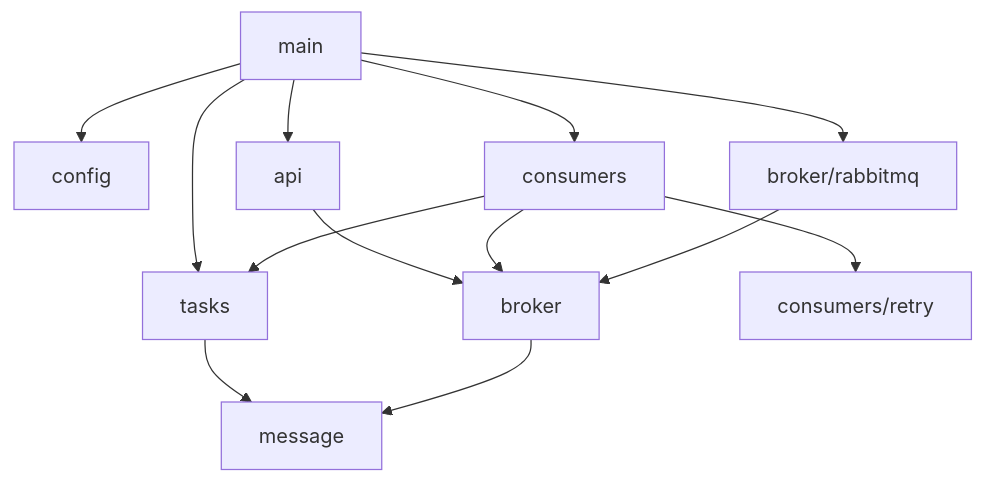
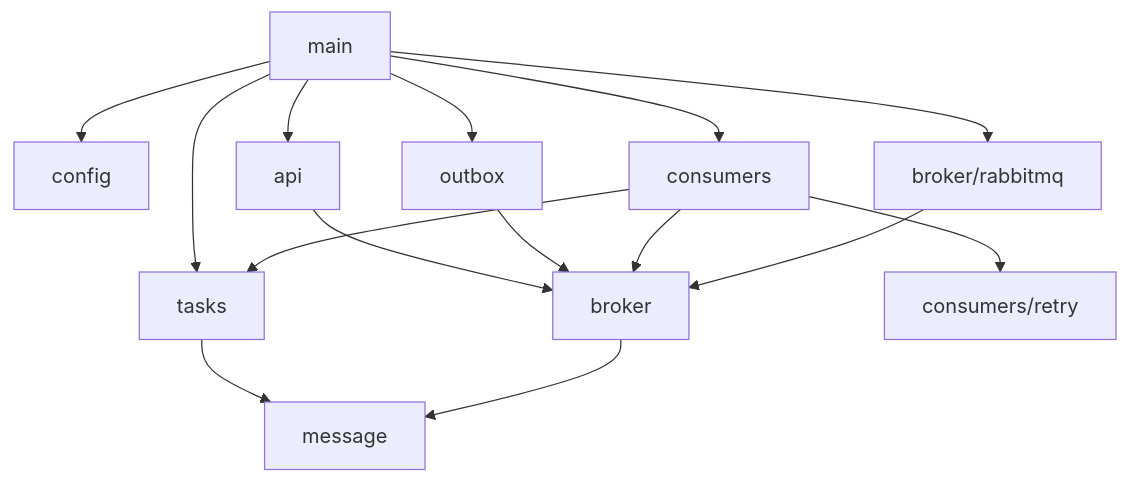
Before and after one commit to iamyusuf/hypermq: the diagram in docs/core/project-structure.md, drawn with Mermaid. The commit also changed other lines of this file and 27 other files, not shown here.

````diff
--- a/docs/core/project-structure.md
+++ b/docs/core/project-structure.md
@@ -38,15 +43,17 @@
 ```mermaid
 flowchart TD
     main --> config
     main --> api
     main --> consumers
     main --> rabbitmq[broker/rabbitmq]
     main --> tasks
+    main --> outbox
     api --> broker
+    outbox --> broker
     consumers --> broker
     consumers --> tasks
     consumers --> retry[consumers/retry]
     rabbitmq --> broker
     tasks --> message
     broker --> message
 ```
````
